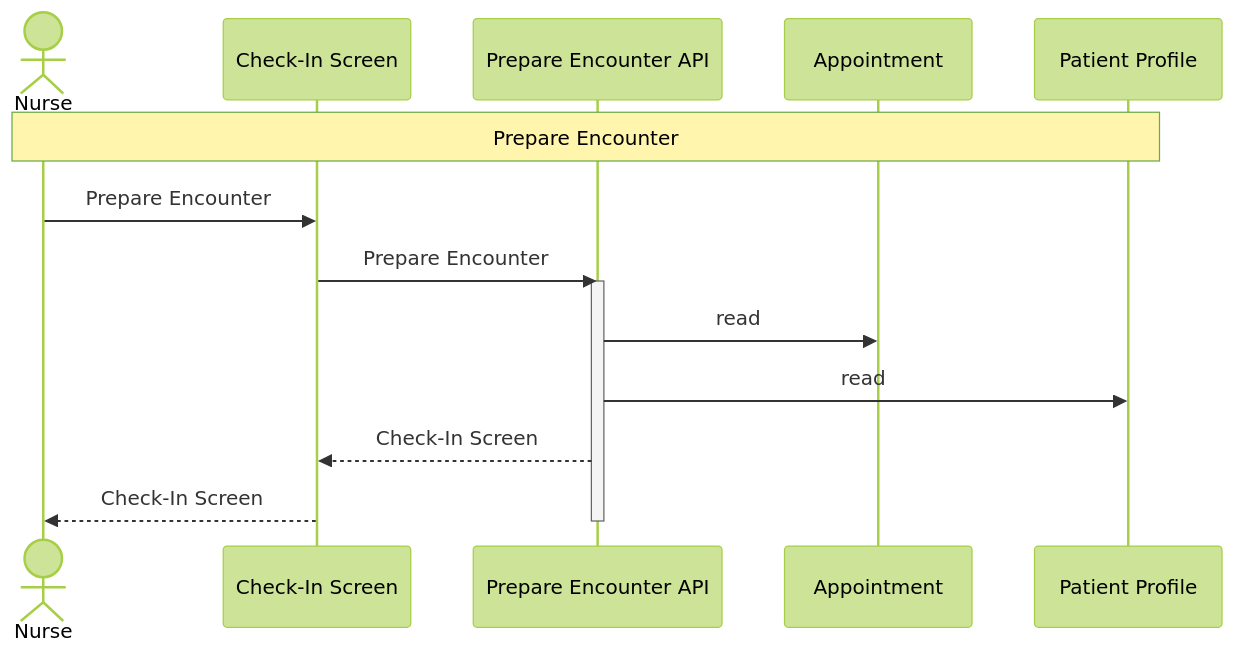
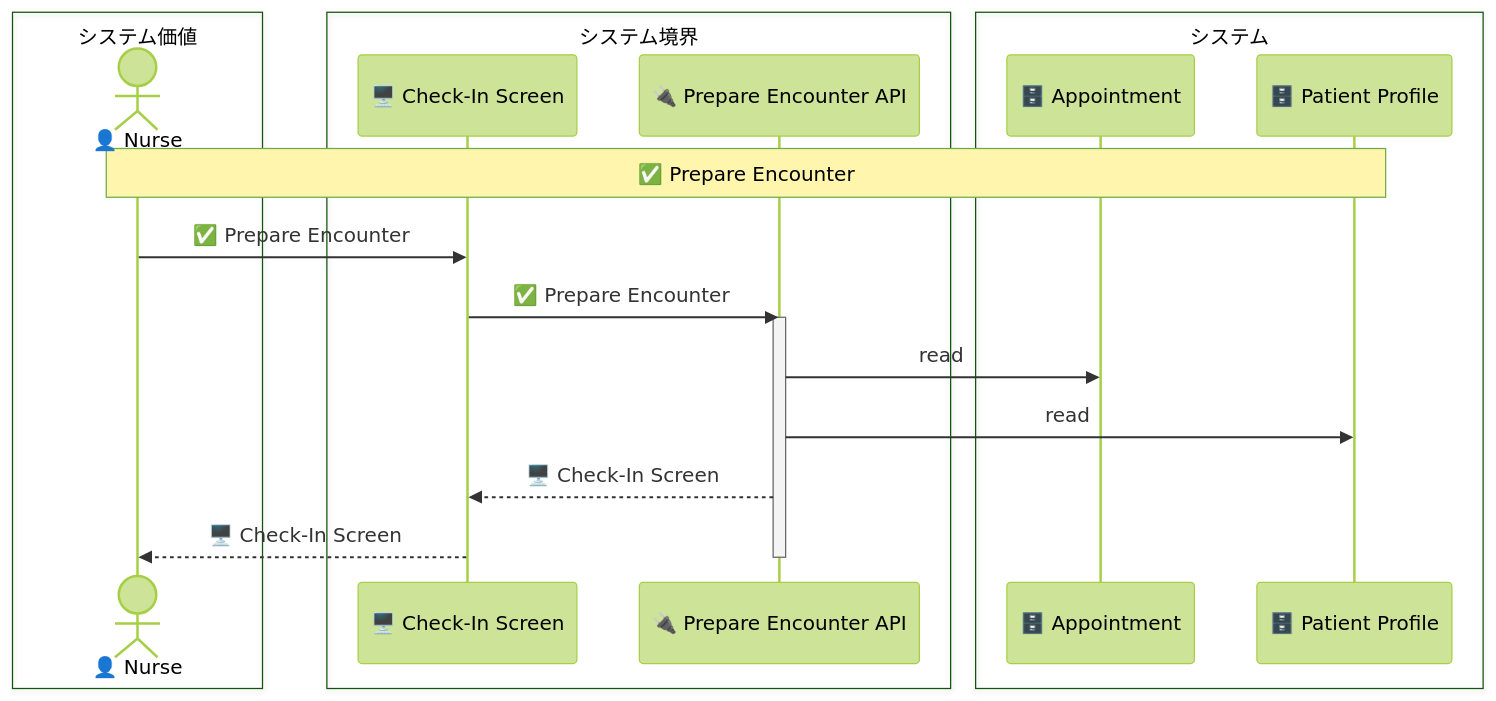
Before and after one commit to manji-0/rdra-ish-dsl: the diagram in samples/clinic-ops/out/uc/sequence_prepare_encounter.mmd, drawn with Mermaid (forest theme). The commit also changed 114 other files, not shown here.

Commit message:
feat: update rdra diagram layering

```diff
--- a/samples/clinic-ops/out/uc/sequence_prepare_encounter.mmd
+++ b/samples/clinic-ops/out/uc/sequence_prepare_encounter.mmd
@@ -1,16 +1,22 @@
 sequenceDiagram
-  actor Nurse as Nurse
-  participant CheckInScreen as Check-In Screen
-  participant PrepareEncounterApi as Prepare Encounter API
-  participant Appointment as Appointment
-  participant PatientProfile as Patient Profile
+  box システム価値
+    actor Nurse as 👤 Nurse
+  end
+  box システム境界
+    participant CheckInScreen as 🖥️ Check-In Screen
+    participant PrepareEncounterApi as 🔌 Prepare Encounter API
+  end
+  box システム
+    participant Appointment as 🗄️ Appointment
+    participant PatientProfile as 🗄️ Patient Profile
+  end
 
-  Note over Nurse,PatientProfile: Prepare Encounter
-  Nurse->>CheckInScreen: Prepare Encounter
-  CheckInScreen->>PrepareEncounterApi: Prepare Encounter
+  Note over Nurse,PatientProfile: ✅ Prepare Encounter
+  Nurse->>CheckInScreen: ✅ Prepare Encounter
+  CheckInScreen->>PrepareEncounterApi: ✅ Prepare Encounter
   activate PrepareEncounterApi
   PrepareEncounterApi->>Appointment: read
   PrepareEncounterApi->>PatientProfile: read
-  PrepareEncounterApi-->>CheckInScreen: Check-In Screen
-  CheckInScreen-->>Nurse: Check-In Screen
+  PrepareEncounterApi-->>CheckInScreen: 🖥️ Check-In Screen
+  CheckInScreen-->>Nurse: 🖥️ Check-In Screen
   deactivate PrepareEncounterApi
```
